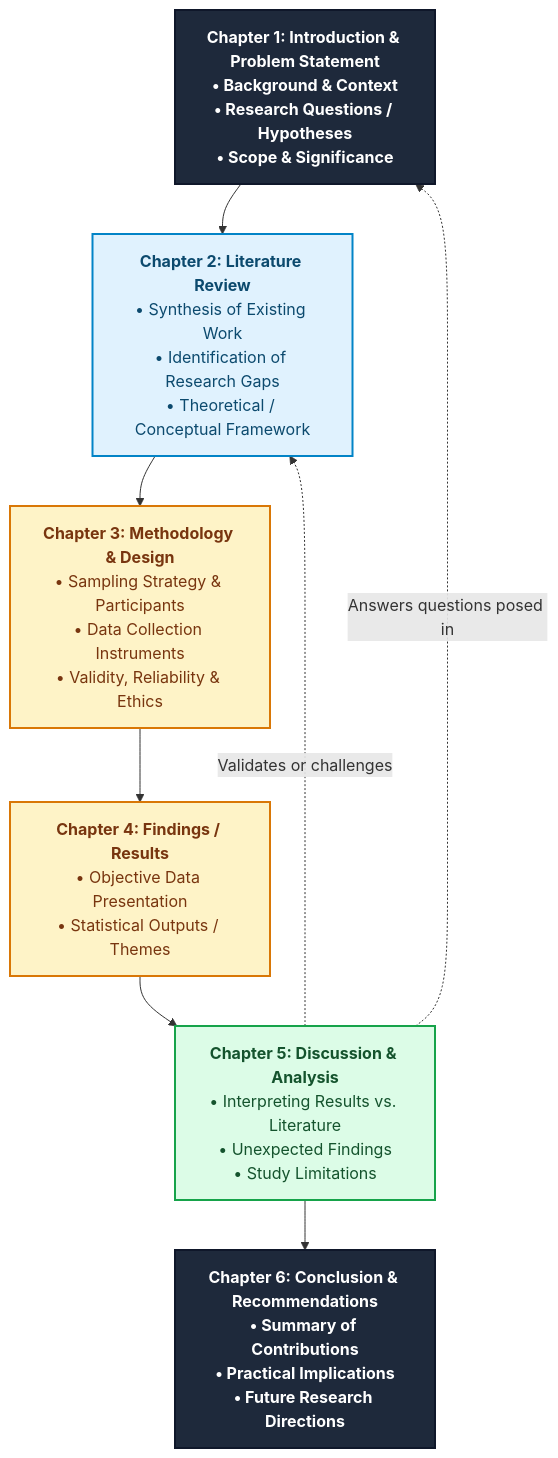
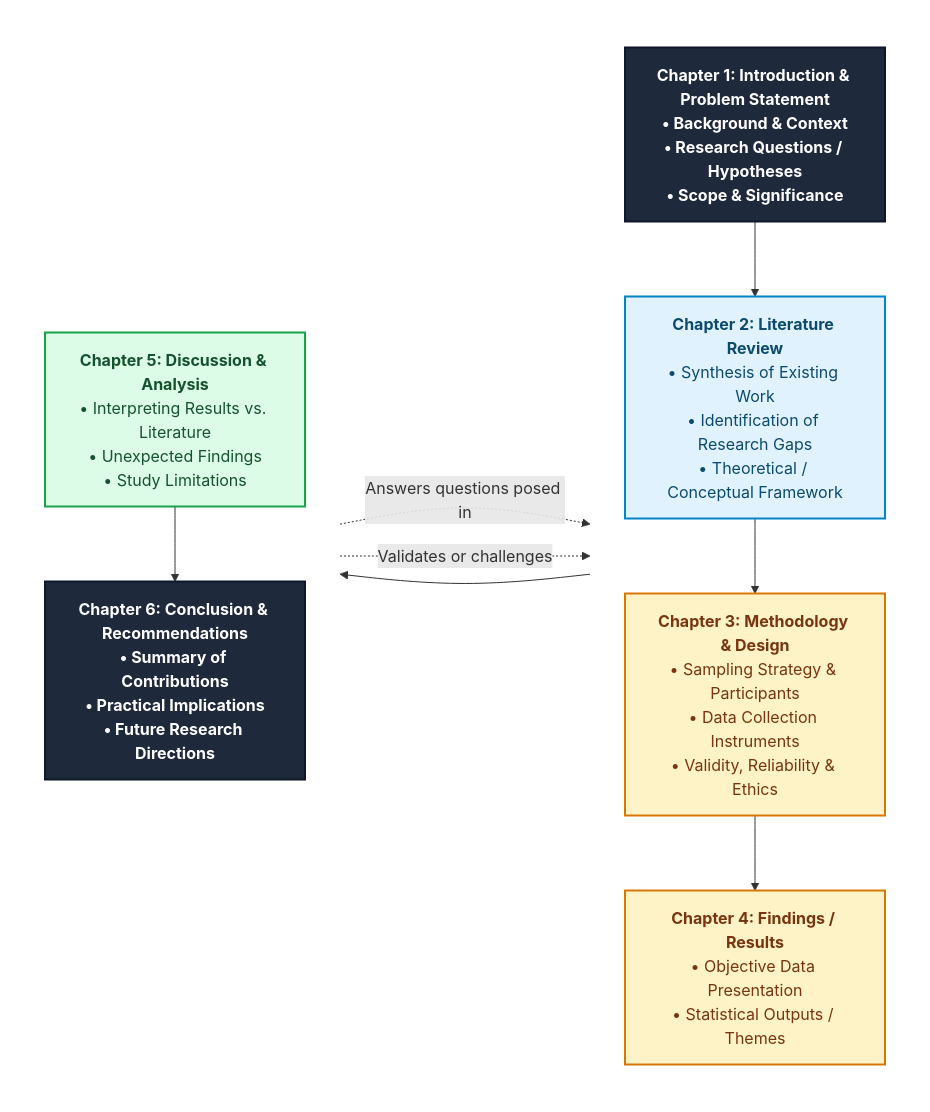
One commit to Merceline10/My-First_Ever changed the diagram in Research_Design V2.md. Above: the diagram before and after it, drawn with Mermaid. The commit also changed other lines of this file, not shown here.

Commit message:
Refactor research guide structure with flowchart updates

````diff
--- a/Research_Design V2.md
+++ b/Research_Design V2.md
@@ -4,19 +3,38 @@
 ```mermaid
-flowchart TD
+flowchart LR
     classDef startend fill:#1e293b,stroke:#0f172a,stroke-width:2px,color:#ffffff,font-weight:bold
     classDef setup fill:#e0f2fe,stroke:#0284c7,stroke-width:2px,color:#0c4a6e
     classDef execution fill:#fef3c7,stroke:#d97706,stroke-width:2px,color:#78350f
     classDef synthesis fill:#dcfce7,stroke:#16a34a,stroke-width:2px,color:#14532d
 
-    Ch1["<b>Chapter 1: Introduction & Problem Statement</b><br/>• Background & Context<br/>• Research Questions / Hypotheses<br/>• Scope & Significance"]:::startend
-    Ch2["<b>Chapter 2: Literature Review</b><br/>• Synthesis of Existing Work<br/>• Identification of Research Gaps<br/>• Theoretical / Conceptual Framework"]:::setup
-    Ch3["<b>Chapter 3: Methodology & Design</b><br/>• Sampling Strategy & Participants<br/>• Data Collection Instruments<br/>• Validity, Reliability & Ethics"]:::execution
-    Ch4["<b>Chapter 4: Findings / Results</b><br/>• Objective Data Presentation<br/>• Statistical Outputs / Themes"]:::execution
-    Ch5["<b>Chapter 5: Discussion & Analysis</b><br/>• Interpreting Results vs. Literature<br/>• Unexpected Findings<br/>• Study Limitations"]:::synthesis
-    Ch6["<b>Chapter 6: Conclusion & Recommendations</b><br/>• Summary of Contributions<br/>• Practical Implications<br/>• Future Research Directions"]:::startend
+    %% Left Column: Chapters 1 - 4
+    subgraph LeftCol [" "]
+        direction TB
+        Ch1["<b>Chapter 1: Introduction & Problem Statement</b><br/>• Background & Context<br/>• Research Questions / Hypotheses<br/>• Scope & Significance"]:::startend
+        Ch2["<b>Chapter 2: Literature Review</b><br/>• Synthesis of Existing Work<br/>• Identification of Research Gaps<br/>• Theoretical / Conceptual Framework"]:::setup
+        Ch3["<b>Chapter 3: Methodology & Design</b><br/>• Sampling Strategy & Participants<br/>• Data Collection Instruments<br/>• Validity, Reliability & Ethics"]:::execution
+        Ch4["<b>Chapter 4: Findings / Results</b><br/>• Objective Data Presentation<br/>• Statistical Outputs / Themes"]:::execution
 
-    Ch1 --> Ch2 --> Ch3 --> Ch4 --> Ch5 --> Ch6
+        Ch1 --> Ch2 --> Ch3 --> Ch4
+    end
+
+    %% Right Column: Chapters 5 - 6
+    subgraph RightCol [" "]
+        direction TB
+        Ch5["<b>Chapter 5: Discussion & Analysis</b><br/>• Interpreting Results vs. Literature<br/>• Unexpected Findings<br/>• Study Limitations"]:::synthesis
+        Ch6["<b>Chapter 6: Conclusion & Recommendations</b><br/>• Summary of Contributions<br/>• Practical Implications<br/>• Future Research Directions"]:::startend
+
+        Ch5 --> Ch6
+    end
+
+    %% Main Flow from Chapter 4 (bottom-left) to Chapter 5 (top-right)
+    Ch4 --> Ch5
+
+    %% Horizontal Feedback Loops from Right Column back to Left Column
     Ch5 -. "Answers questions posed in" .-> Ch1
     Ch5 -. "Validates or challenges" .-> Ch2
 
-   ```
+    %% Hide container borders
+    style LeftCol fill:transparent,stroke:none
+    style RightCol fill:transparent,stroke:none
+```
````
